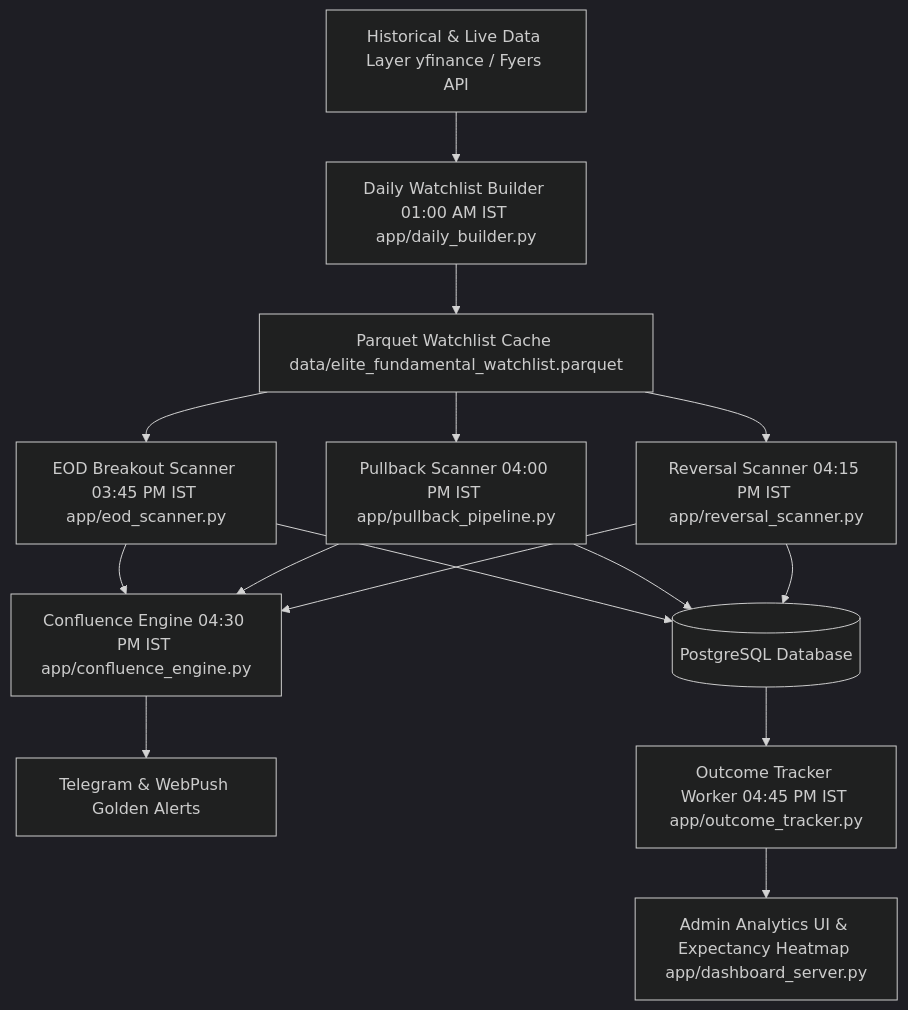
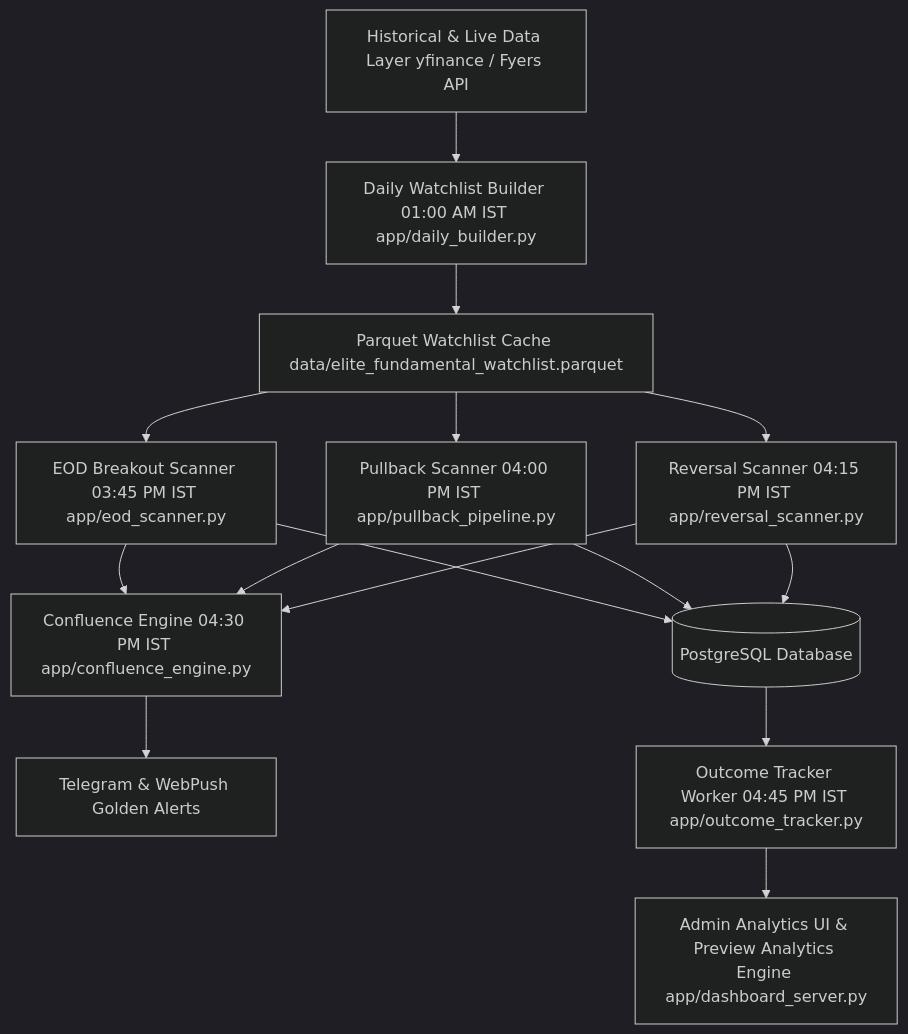
The diagram in docs/SYSTEM_RECONSTRUCTION_SPEC.md (11abhinav/ELITE_BREAKOUT_SYSTEM), drawn with Mermaid (dark theme) before and after one commit. The commit also changed other lines of this file and 2 other files, not shown here.

````diff
--- a/docs/SYSTEM_RECONSTRUCTION_SPEC.md
+++ b/docs/SYSTEM_RECONSTRUCTION_SPEC.md
@@ -22,13 +22,13 @@
 ```mermaid
 flowchart TD
     DataFetch[Historical & Live Data Layer yfinance / Fyers API] --> Builder[Daily Watchlist Builder 01:00 AM IST app/daily_builder.py]
     Builder --> ParquetWL[Parquet Watchlist Cache data/elite_fundamental_watchlist.parquet]
     ParquetWL --> EOD[EOD Breakout Scanner 03:45 PM IST app/eod_scanner.py]
     ParquetWL --> PB[Pullback Scanner 04:00 PM IST app/pullback_pipeline.py]
     ParquetWL --> REV[Reversal Scanner 04:15 PM IST app/reversal_scanner.py]
     EOD & PB & REV --> DB[(PostgreSQL Database)]
     EOD & PB & REV --> Confluence[Confluence Engine 04:30 PM IST app/confluence_engine.py]
     Confluence --> Telegram[Telegram & WebPush Golden Alerts]
     DB --> OutcomeTracker[Outcome Tracker Worker 04:45 PM IST app/outcome_tracker.py]
-    OutcomeTracker --> Analytics[Admin Analytics UI & Expectancy Heatmap app/dashboard_server.py]
+    OutcomeTracker --> Analytics[Admin Analytics UI & Preview Analytics Engine app/dashboard_server.py]
 ```
````
